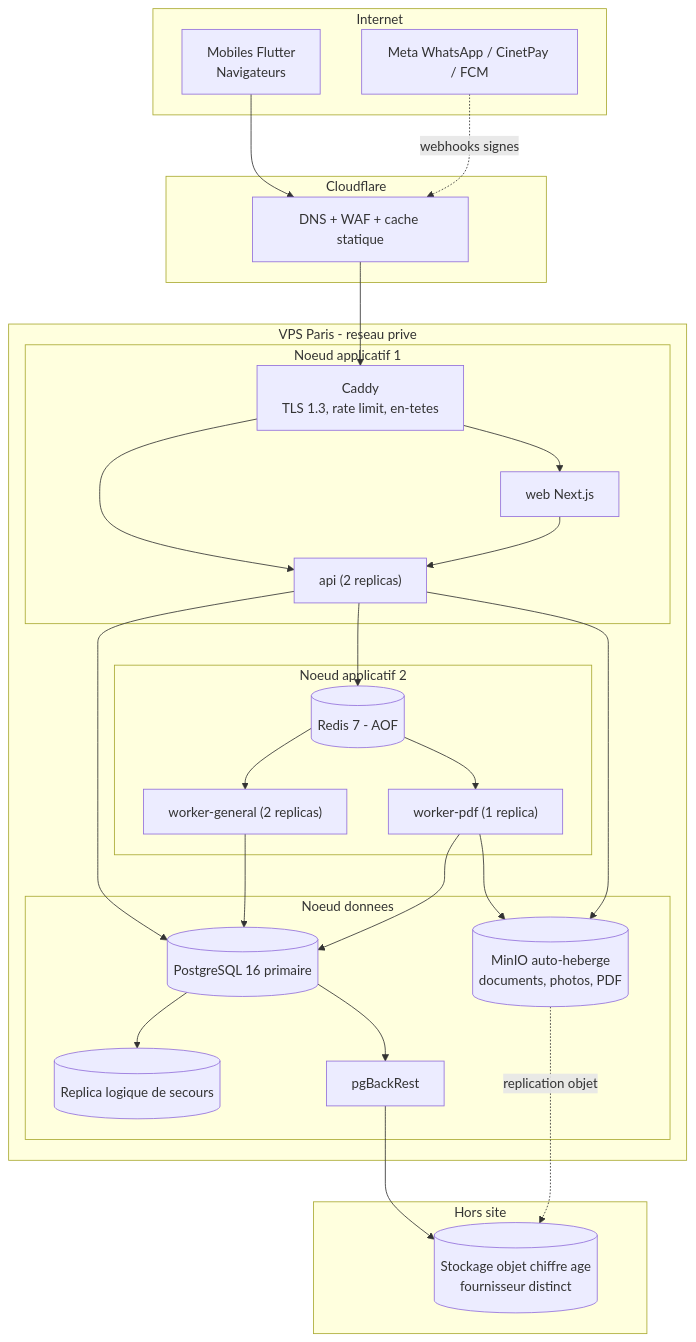
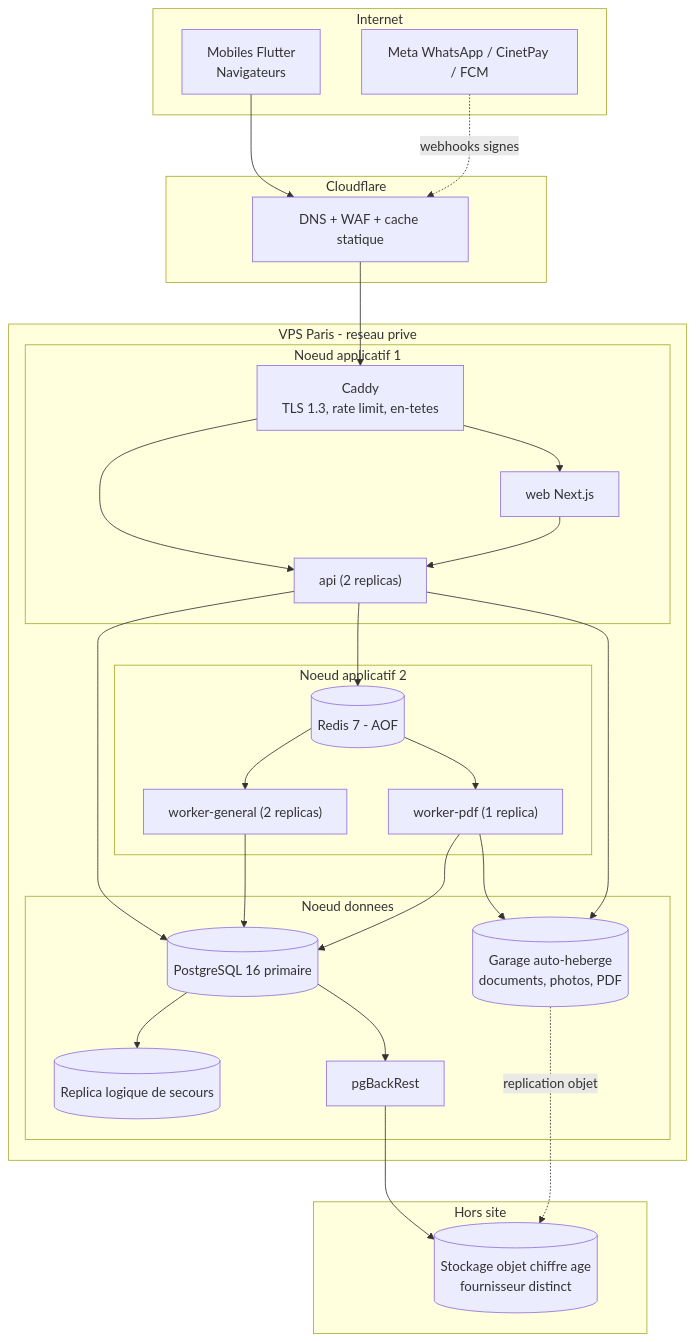
Before and after one commit to Mukatu/immodesk: diagram 14 of 14 in docs/02_architecture_technique.md, drawn with Mermaid. The commit also changed other lines of this file and 39 other files, not shown here.

First line of the commit message:
feat(infra): remplacer minio par garage pour le stockage objet (#72)

````diff
--- a/docs/02_architecture_technique.md
+++ b/docs/02_architecture_technique.md
@@ -2015,53 +2015,53 @@
 ```mermaid
 graph TB
     subgraph internet["Internet"]
         USR["Mobiles Flutter<br/>Navigateurs"]
         EXT["Meta WhatsApp / CinetPay / FCM"]
     end
 
     subgraph cf["Cloudflare"]
         DNS["DNS + WAF + cache statique"]
     end
 
     subgraph paris["VPS Paris - reseau prive"]
         subgraph node1["Noeud applicatif 1"]
             PROXY["Caddy<br/>TLS 1.3, rate limit, en-tetes"]
             API1["api (2 replicas)"]
             WEB1["web Next.js"]
         end
         subgraph node2["Noeud applicatif 2"]
             WRK1["worker-general (2 replicas)"]
             PDF1["worker-pdf (1 replica)"]
             REDIS[("Redis 7 - AOF")]
         end
         subgraph node3["Noeud donnees"]
             PGP[("PostgreSQL 16 primaire")]
             PGS[("Replica logique de secours")]
             PGBR["pgBackRest"]
-            MINIO[("MinIO auto-heberge<br/>documents, photos, PDF")]
+            MINIO[("Garage auto-heberge<br/>documents, photos, PDF")]
         end
     end
 
     subgraph offsite["Hors site"]
         BKP[("Stockage objet chiffre age<br/>fournisseur distinct")]
     end
 
     USR --> DNS
     DNS --> PROXY
     EXT -. "webhooks signes" .-> DNS
     PROXY --> API1
     PROXY --> WEB1
     WEB1 --> API1
     API1 --> PGP
     API1 --> REDIS
     API1 --> MINIO
     REDIS --> WRK1
     REDIS --> PDF1
     WRK1 --> PGP
     PDF1 --> PGP
     PDF1 --> MINIO
     PGP --> PGS
     PGP --> PGBR
     PGBR --> BKP
     MINIO -. "replication objet" .-> BKP
 ```
````
